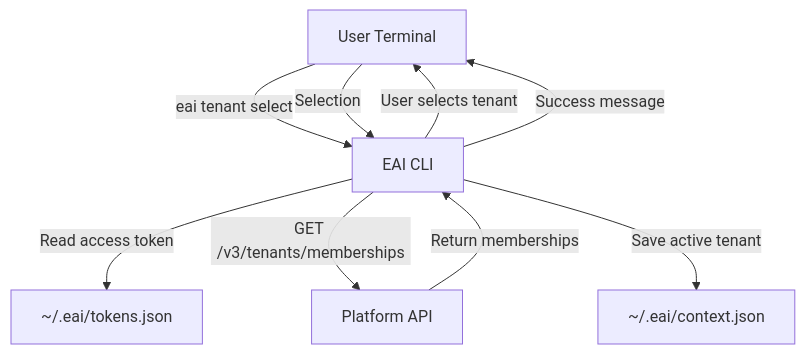
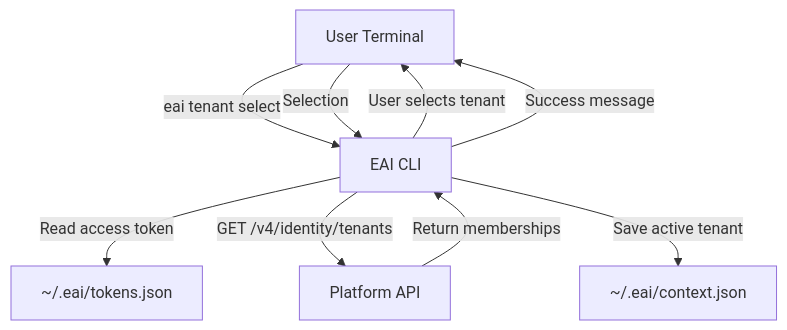
The third of 4 diagrams in .tech-docs/data-model.md (eai-support/eai), drawn with Mermaid before and after one commit. The commit also changed other lines of this file and 8 other files, not shown here.

````diff
--- a/.tech-docs/data-model.md
+++ b/.tech-docs/data-model.md
@@ -485,17 +485,17 @@
 ```mermaid
 flowchart TB
     User[User Terminal]
     CLI[EAI CLI]
     TokenFile[~/.eai/tokens.json]
     ContextFile[~/.eai/context.json]
     Platform[Platform API]
     
     User -->|eai tenant select| CLI
     CLI -->|Read access token| TokenFile
-    CLI -->|GET /v3/tenants/memberships| Platform
+    CLI -->|GET /v4/identity/tenants| Platform
     Platform -->|Return memberships| CLI
     CLI -->|User selects tenant| User
     User -->|Selection| CLI
     CLI -->|Save active tenant| ContextFile
     CLI -->|Success message| User
 ```
````
